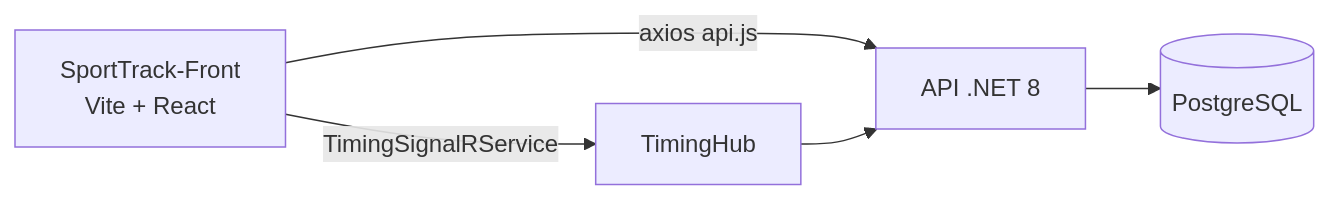
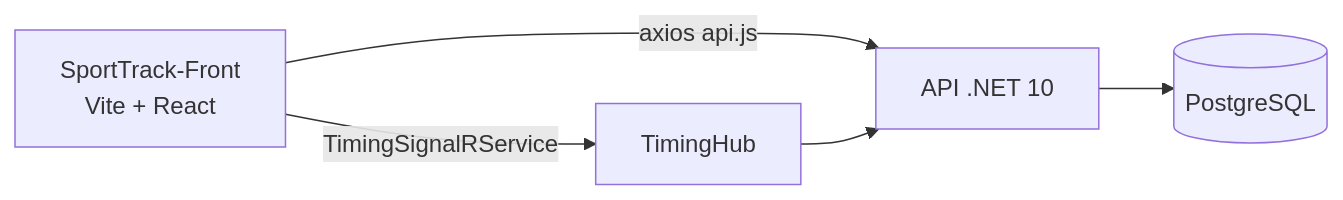
One commit to EzequielDigiacomo/SportTrack-Front changed the second of 7 diagrams in docs/tecnico/diagramas/01-globales.md. Above: the diagram before and after it, drawn with Mermaid. The commit also changed 20 other files, not shown here.

````diff
--- a/docs/tecnico/diagramas/01-globales.md
+++ b/docs/tecnico/diagramas/01-globales.md
@@ -44,12 +44,12 @@
 ```mermaid
 flowchart LR
     FE[SportTrack-Front<br/>Vite + React]
-    API[API .NET 8]
+    API[API .NET 10]
     HUB[TimingHub]
     DB[(PostgreSQL)]
 
     FE -->|axios api.js| API
     FE -->|TimingSignalRService| HUB
     HUB --> API
     API --> DB
 ```
````
